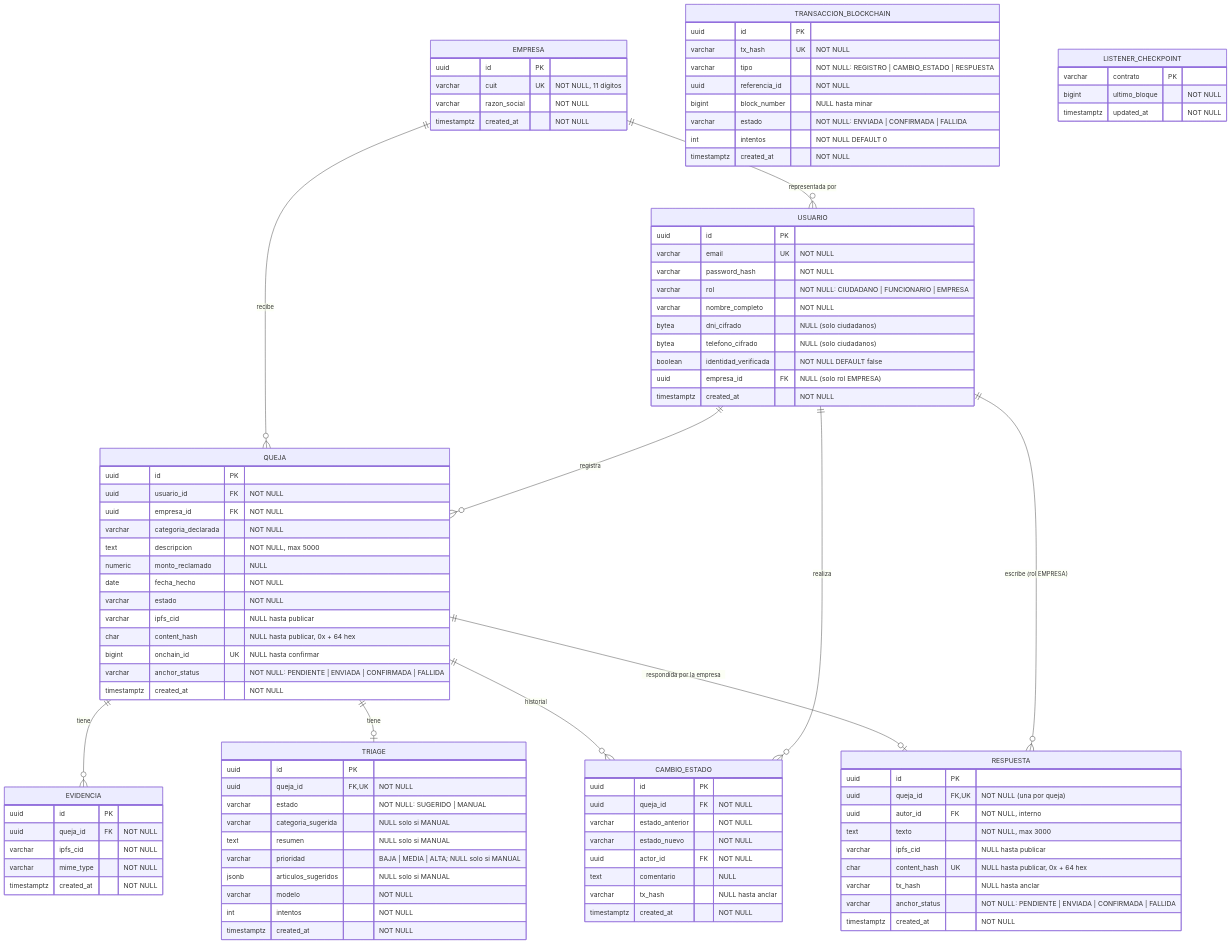
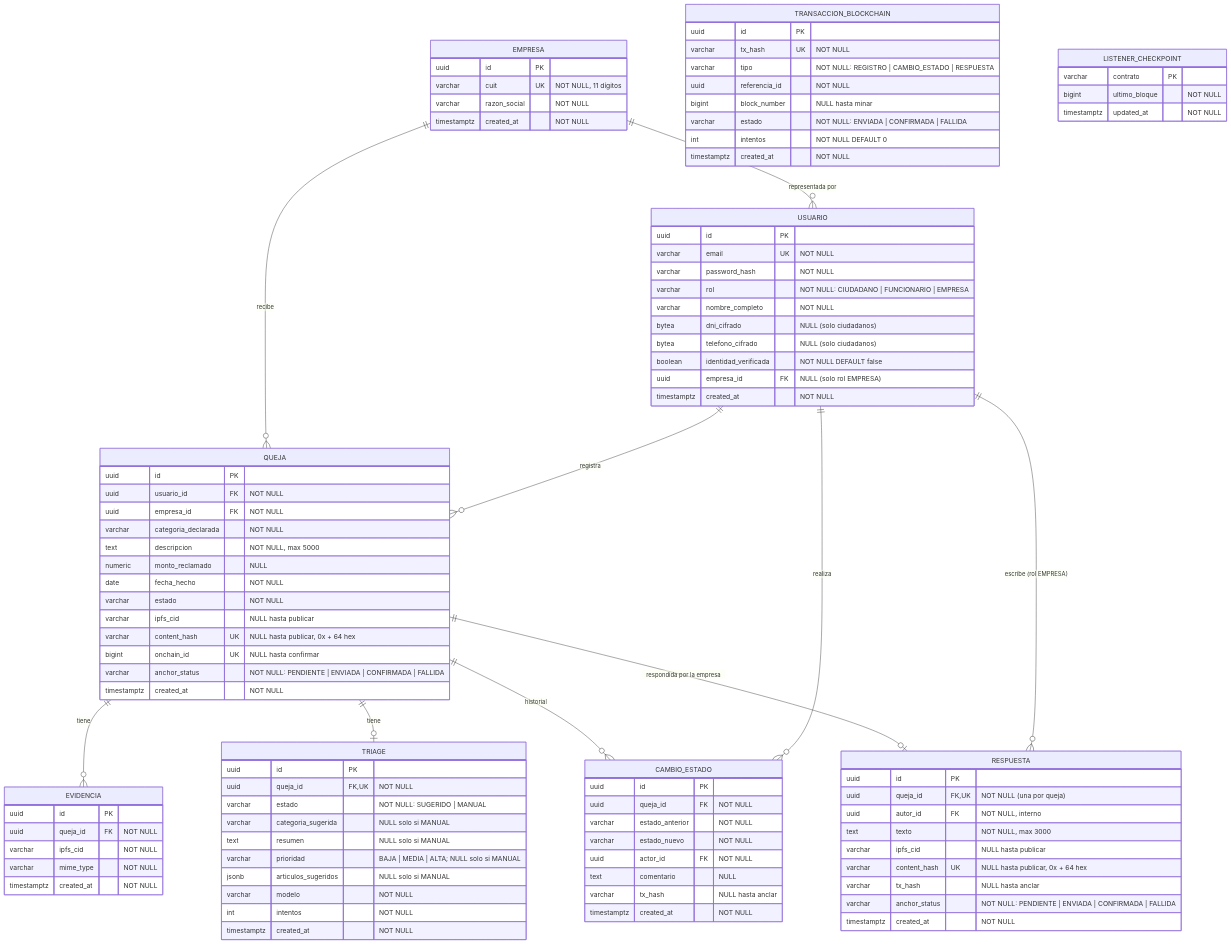
One commit to dalcorta/AI4Devs-finalproject changed the second of 2 diagrams in readme.md. Above: the diagram before and after it, drawn with Mermaid. The commit also changed other lines of this file and 1 other file, not shown here.

```diff
--- a/readme.md
+++ b/readme.md
@@ -280,7 +328,7 @@
         date fecha_hecho "NOT NULL"
         varchar estado "NOT NULL"
         varchar ipfs_cid "NULL hasta publicar"
-        char content_hash "NULL hasta publicar, 0x + 64 hex"
+        varchar content_hash UK "NULL hasta publicar, 0x + 64 hex"
         bigint onchain_id UK "NULL hasta confirmar"
         varchar anchor_status "NOT NULL: PENDIENTE | ENVIADA | CONFIRMADA | FALLIDA"
         timestamptz created_at "NOT NULL"
@@ -320,7 +368,7 @@
         uuid autor_id FK "NOT NULL, interno"
         text texto "NOT NULL, max 3000"
         varchar ipfs_cid "NULL hasta publicar"
-        char content_hash UK "NULL hasta publicar, 0x + 64 hex"
+        varchar content_hash UK "NULL hasta publicar, 0x + 64 hex"
         varchar tx_hash "NULL hasta anclar"
         varchar anchor_status "NOT NULL: PENDIENTE | ENVIADA | CONFIRMADA | FALLIDA"
         timestamptz created_at "NOT NULL"
```
